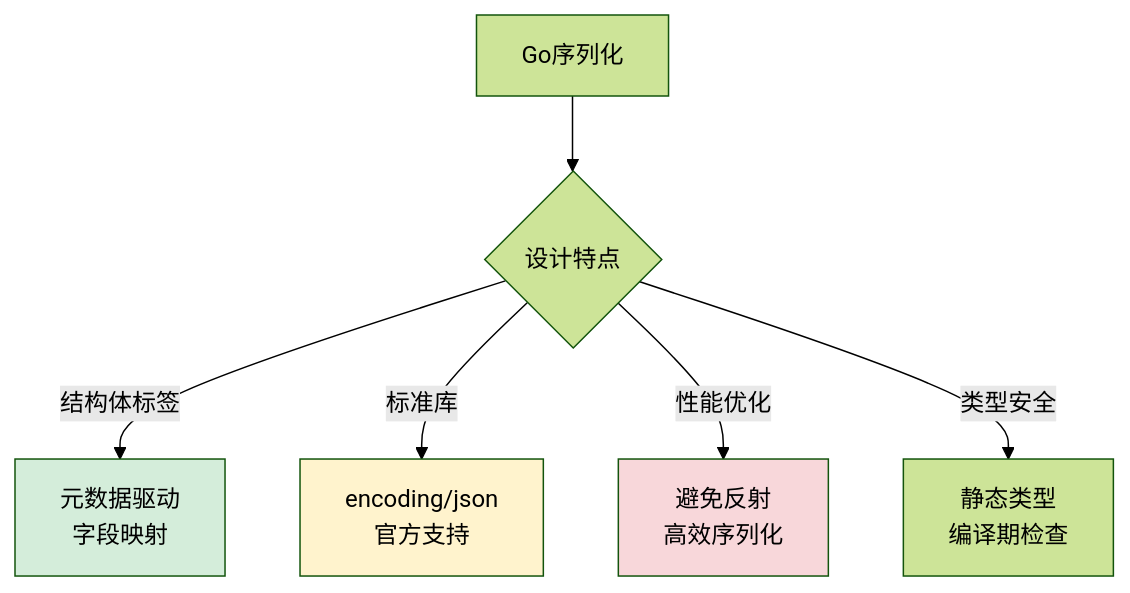
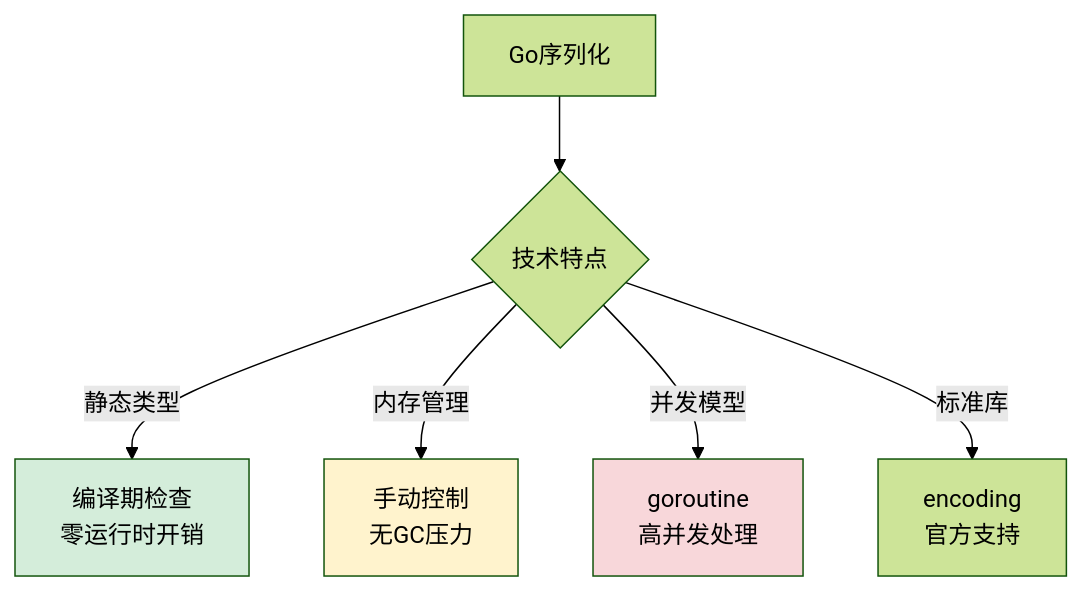
Diagram 24 of 25 in 00.通用技术的提升/02.程序编程原理/05.序列化数据的思想.md (chongyang211/YCBookBlog), drawn with Mermaid (forest theme) before and after one commit. The commit also changed other lines of this file and 17 other files, not shown here.

````diff
--- a/00.通用技术的提升/02.程序编程原理/05.序列化数据的思想.md
+++ b/00.通用技术的提升/02.程序编程原理/05.序列化数据的思想.md
@@ -1210,12 +1025,12 @@
 ```mermaid
 graph TB
-    A[Go序列化] --> B{设计特点}
-    B -->|结构体标签| C[元数据驱动<br/>字段映射]
-    B -->|标准库| D[encoding/json<br/>官方支持]
-    B -->|性能优化| E[避免反射<br/>高效序列化]
-    B -->|类型安全| F[静态类型<br/>编译期检查]
+    A[Go序列化] --> B{技术特点}
+    B -->|静态类型| C[编译期检查<br/>零运行时开销]
+    B -->|内存管理| D[手动控制<br/>无GC压力]
+    B -->|并发模型| E[goroutine<br/>高并发处理]
+    B -->|标准库| F[encoding<br/>官方支持]
     
     style C fill:#d4edda
     style D fill:#fff3cd
     style E fill:#f8d7da
 ```
````
